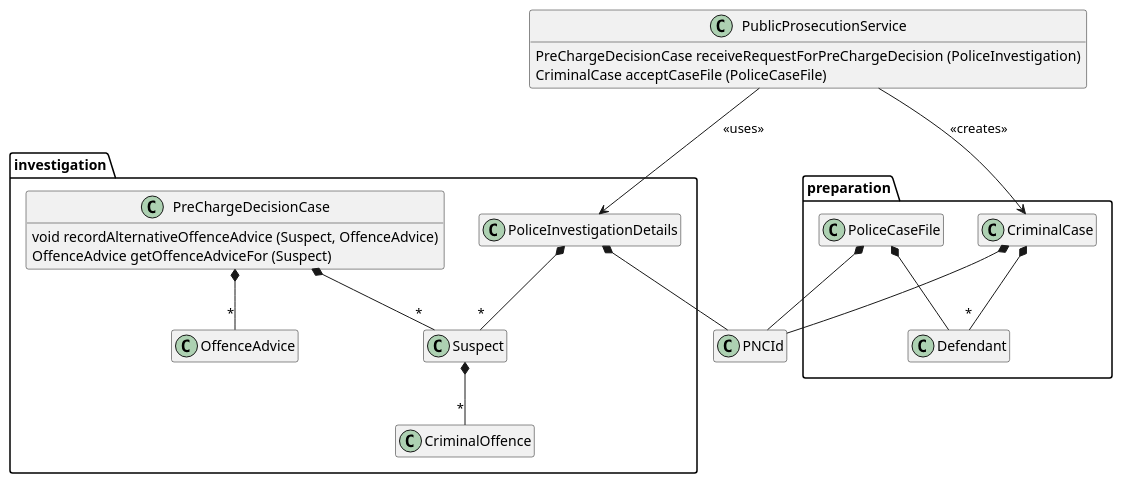
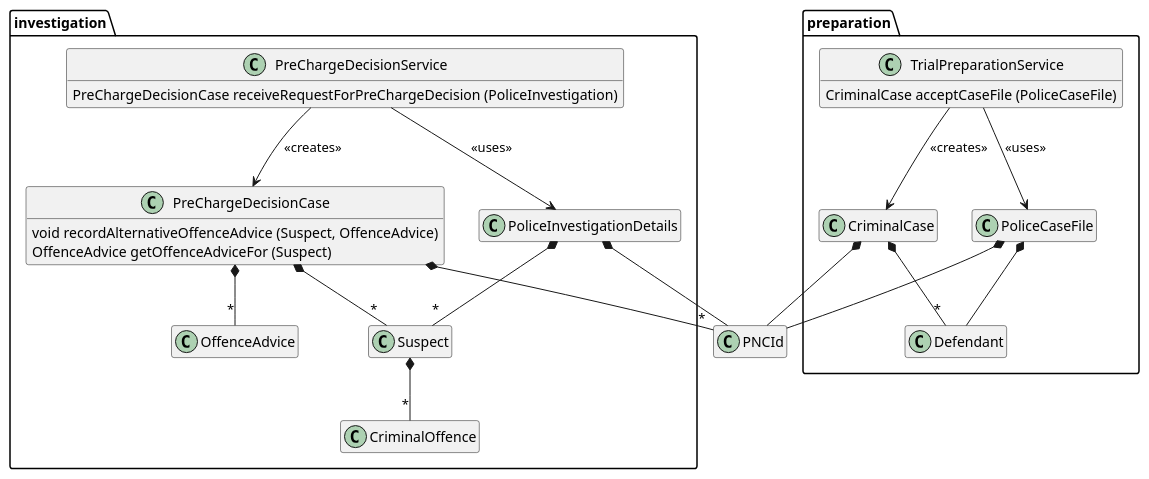
Before and after one commit to First-Steps-in-DDD-Community/first-steps-in-ddd-solutions: the diagram in docs/Domain-Model.puml, drawn with PlantUML.

Commit message:
Extras - DOCS - Update the diagram to show split of PublicProsecutionService into PreChargeDecisionService and TrialPreparationService and associated relationship changes.

```diff
--- a/docs/Domain-Model.puml
+++ b/docs/Domain-Model.puml
@@ -1,66 +1,76 @@
 @startuml
 hide empty members
 hide empty methods
 
 package investigation {
+
+    class PreChargeDecisionService {
+        PreChargeDecisionCase receiveRequestForPreChargeDecision (PoliceInvestigation)
+    }
 
     class CriminalOffence {
     }
 
     class OffenceAdvice {
     }
 
     class PoliceInvestigationDetails {
     }
 
     class PreChargeDecisionCase {
         void recordAlternativeOffenceAdvice (Suspect, OffenceAdvice)
         OffenceAdvice getOffenceAdviceFor (Suspect)
     }
 
     class Suspect    {
     }
 
 }
 
 package preparation{
+
+    class TrialPreparationService {
+        CriminalCase acceptCaseFile (PoliceCaseFile)
+    }
+
     class CriminalCase {
     }
 
     class Defendant {
     }
 
     class PoliceCaseFile {
     }
 }
 
 class PNCId {
-}
-
-class PublicProsecutionService {
-    PreChargeDecisionCase receiveRequestForPreChargeDecision (PoliceInvestigation)
-    CriminalCase acceptCaseFile (PoliceCaseFile)
 }
 
 Suspect *-- "*" CriminalOffence
 
 PoliceCaseFile *-- PNCId
 
 PoliceCaseFile *-- Defendant
 
 PoliceInvestigationDetails *-- "*" Suspect
 
 PoliceInvestigationDetails *-- PNCId
 
 PreChargeDecisionCase *-- "*" Suspect
 
+PreChargeDecisionCase *-- "*" PNCId
+
 PreChargeDecisionCase *-- "*" OffenceAdvice
 
 CriminalCase *-- PNCId
 
 CriminalCase *-- "*" Defendant
 
-PublicProsecutionService --> CriminalCase : <<creates>>
+PreChargeDecisionService --> PreChargeDecisionCase : <<creates>>
 
-PublicProsecutionService --> PoliceInvestigationDetails : <<uses>>
+PreChargeDecisionService --> PoliceInvestigationDetails : <<uses>>
+
+TrialPreparationService --> CriminalCase : <<creates>>
+
+TrialPreparationService --> PoliceCaseFile : <<uses>>
 @enduml
```
